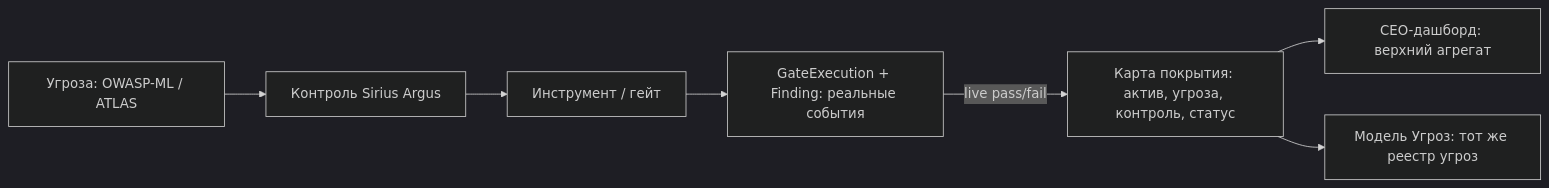
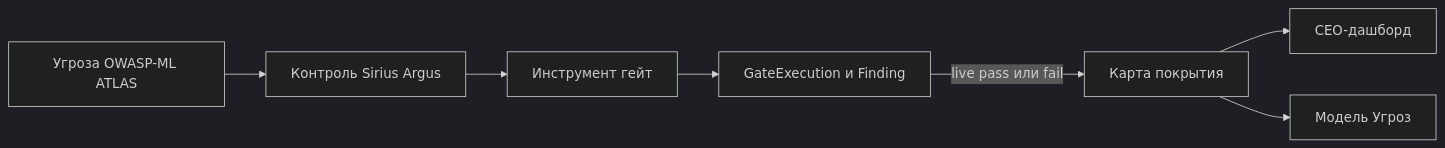
One commit to dmagog/Sirius-Argus changed the eighth of 8 diagrams in docs/architecture.md. Above: the diagram before and after it, drawn with Mermaid (dark theme). The commit also changed other lines of this file, not shown here.

First line of the commit message:
fix(docs): mermaid в максимально совместимый синтаксис

````diff
--- a/docs/architecture.md
+++ b/docs/architecture.md
@@ -335,9 +328,9 @@
 ```mermaid
 flowchart LR
-    THR["Угроза: OWASP-ML / ATLAS"] --> CTRL["Контроль Sirius Argus"]
-    CTRL --> TOOL["Инструмент / гейт"]
-    TOOL --> EVT["GateExecution + Finding: реальные события"]
-    EVT -->|"live pass/fail"| MAP["Карта покрытия: актив, угроза, контроль, статус"]
-    MAP --> CEO["CEO-дашборд: верхний агрегат"]
-    MAP --> MU["Модель Угроз: тот же реестр угроз"]
+    THR[Угроза OWASP-ML ATLAS] --> CTRL[Контроль Sirius Argus]
+    CTRL --> TOOL[Инструмент гейт]
+    TOOL --> EVT[GateExecution и Finding]
+    EVT -->|live pass или fail| MAP[Карта покрытия]
+    MAP --> CEO[CEO-дашборд]
+    MAP --> MU[Модель Угроз]
 ```
````
